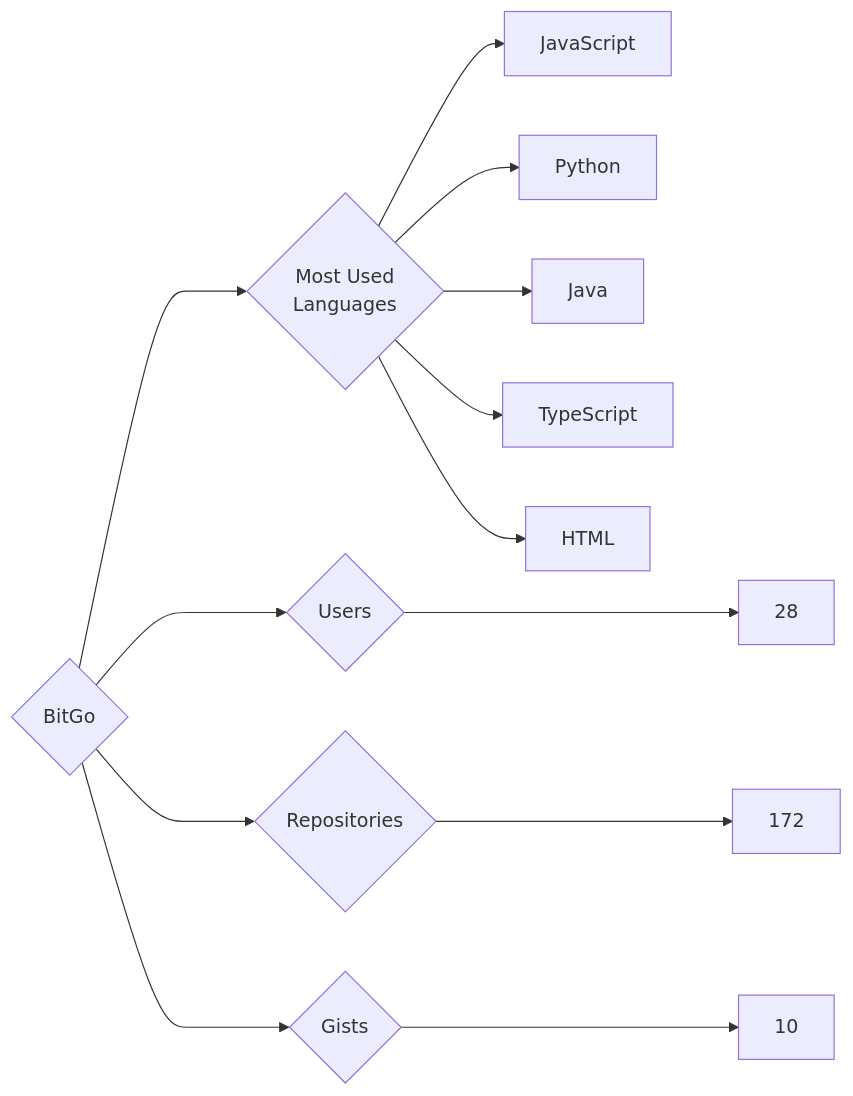
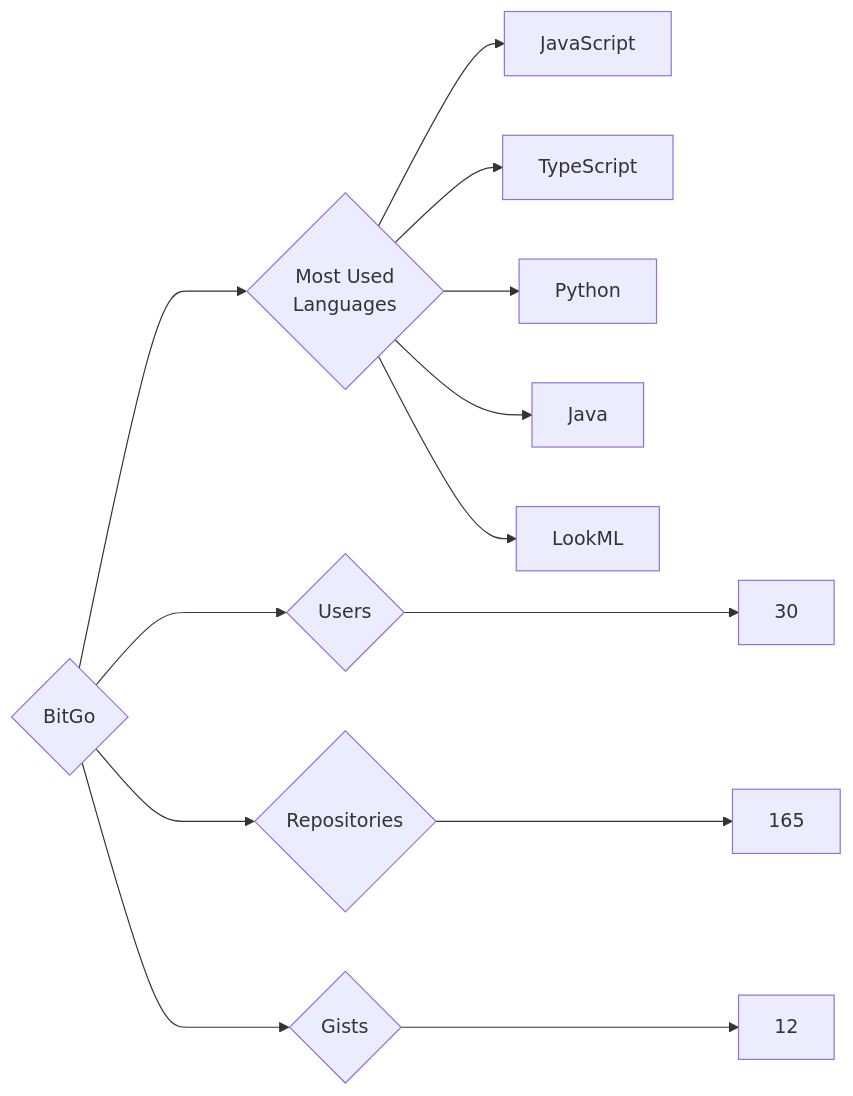
Before and after one commit to trickest/insiders: the diagram in targets/BitGo/README.md, drawn with Mermaid. The commit also changed 924 other files, not shown here.

````diff
--- a/targets/BitGo/README.md
+++ b/targets/BitGo/README.md
@@ -3,13 +3,13 @@
 ```mermaid
 graph LR
 COMPANY_NAME{BitGo}
-COMPANY_NAME ---> U{Users} ---> UN[28]
-COMPANY_NAME ---> R{Repositories} ---> RN[172]
-COMPANY_NAME ---> G{Gists} ---> GN[10]
+COMPANY_NAME ---> U{Users} ---> UN[30]
+COMPANY_NAME ---> R{Repositories} ---> RN[165]
+COMPANY_NAME ---> G{Gists} ---> GN[12]
 COMPANY_NAME ---> ML{Most Used<br>Languages}
 ML --> JavaScript[JavaScript]
+ML --> TypeScript[TypeScript]
 ML --> Python[Python]
 ML --> Java[Java]
-ML --> TypeScript[TypeScript]
-ML --> HTML[HTML]
+ML --> LookML[LookML]
 ```
````
